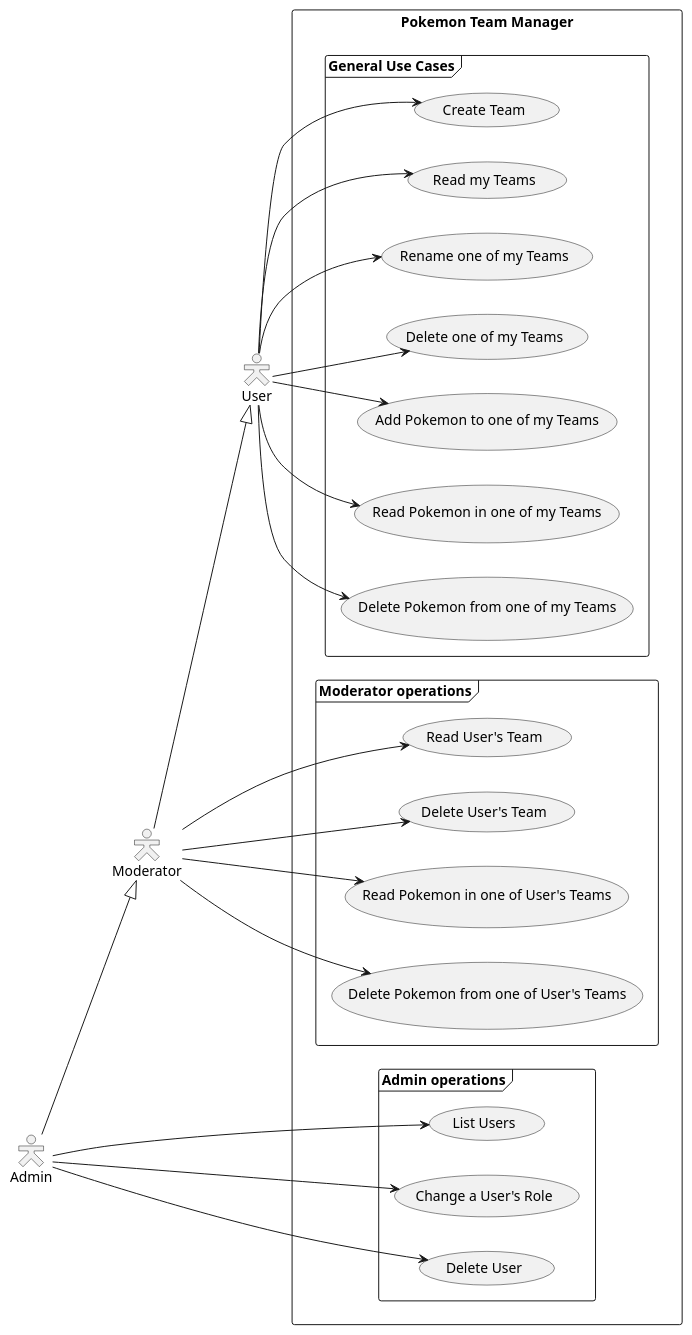
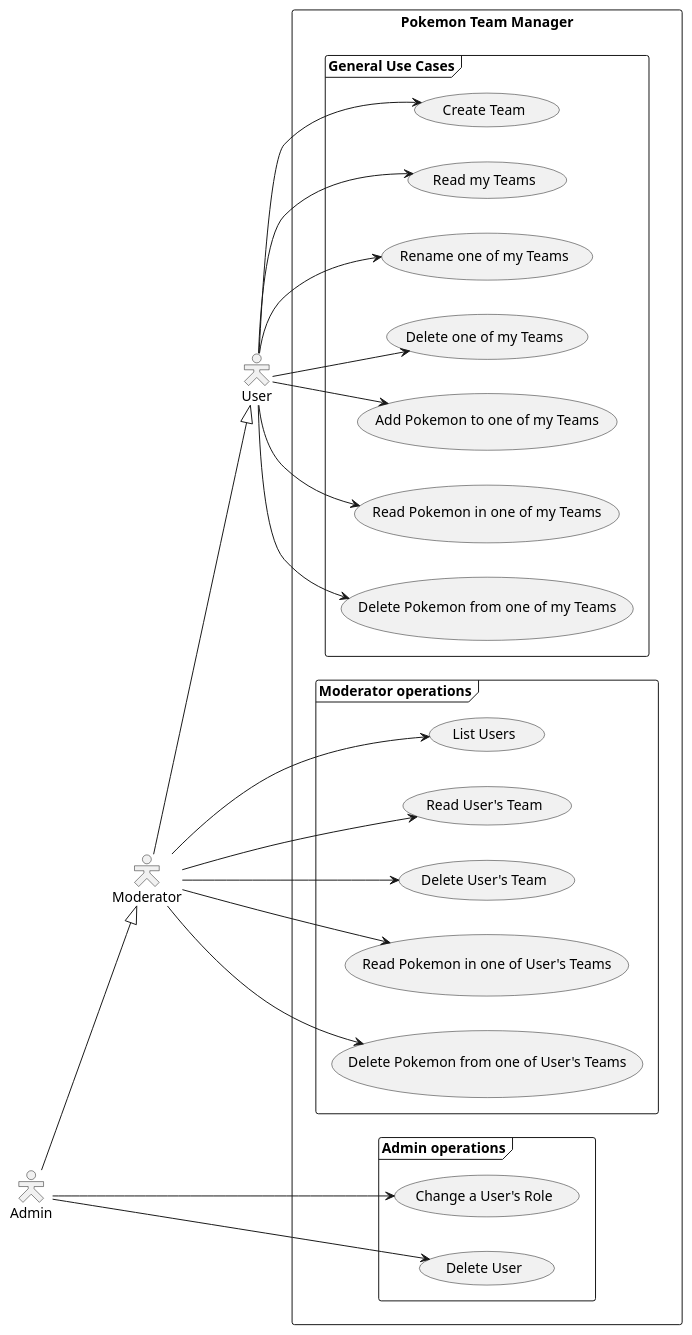
The diagram in UseCases.puml (mablospate/Pokemon_Team_Maker), drawn with PlantUML before and after one commit. The commit also changed 5 other files, not shown here.

First line of the commit message:
docs: update README with moderation/admin features and architecture diagrams

```diff
--- a/UseCases.puml
+++ b/UseCases.puml
@@ -1,37 +1,37 @@
 @startuml
 skinparam actorstyle hollow
 left to right direction
 actor User as u
 actor Moderator as m
 actor Admin as a
 
 m --|> u
 a --|> m
 
 rectangle "Pokemon Team Manager" as app{
     frame "General Use Cases"{
         u --> (Create Team)
         u --> (Read my Teams)
         u --> (Rename one of my Teams)
         u --> (Delete one of my Teams)
         u --> (Add Pokemon to one of my Teams)
         u --> (Read Pokemon in one of my Teams)
         u --> (Delete Pokemon from one of my Teams)
     }
     frame "Moderator operations"{
+        m --> (List Users)
         m --> (Read User's Team)
         m --> (Delete User's Team)
         m --> (Read Pokemon in one of User's Teams)
         m --> (Delete Pokemon from one of User's Teams)
     }
     frame "Admin operations"{
-        a --> (List Users)
         a --> (Change a User's Role)
         a --> (Delete User)
     }
 }
 
 
 
 
 @enduml
```
